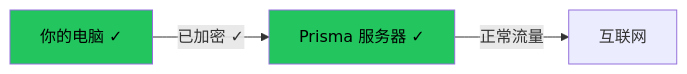
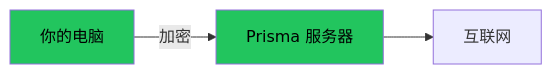
Before and after one commit to prisma-proxy/prisma: the third of 3 diagrams in prisma-docs/i18n/zh-Hans/docusaurus-plugin-content-docs-guide/current/first-connection.md, drawn with Mermaid. The commit also changed other lines of this file and 37 other files, not shown here.

First line of the commit message:
docs: rewrite guide with 30+ Mermaid diagrams, fix multi-instance config

````diff
--- a/prisma-docs/i18n/zh-Hans/docusaurus-plugin-content-docs-guide/current/first-connection.md
+++ b/prisma-docs/i18n/zh-Hans/docusaurus-plugin-content-docs-guide/current/first-connection.md
@@ -217,8 +72,6 @@
 ```mermaid
 graph LR
-    A["你的电脑 ✓"] -->|"已加密 ✓"| B["Prisma 服务器 ✓"]
-    B -->|"正常流量"| C["互联网"]
-
+    A["你的电脑"] -->|"加密"| B["Prisma 服务器"] --> C["互联网"]
     style A fill:#22c55e,color:#000
     style B fill:#22c55e,color:#000
 ```
````
